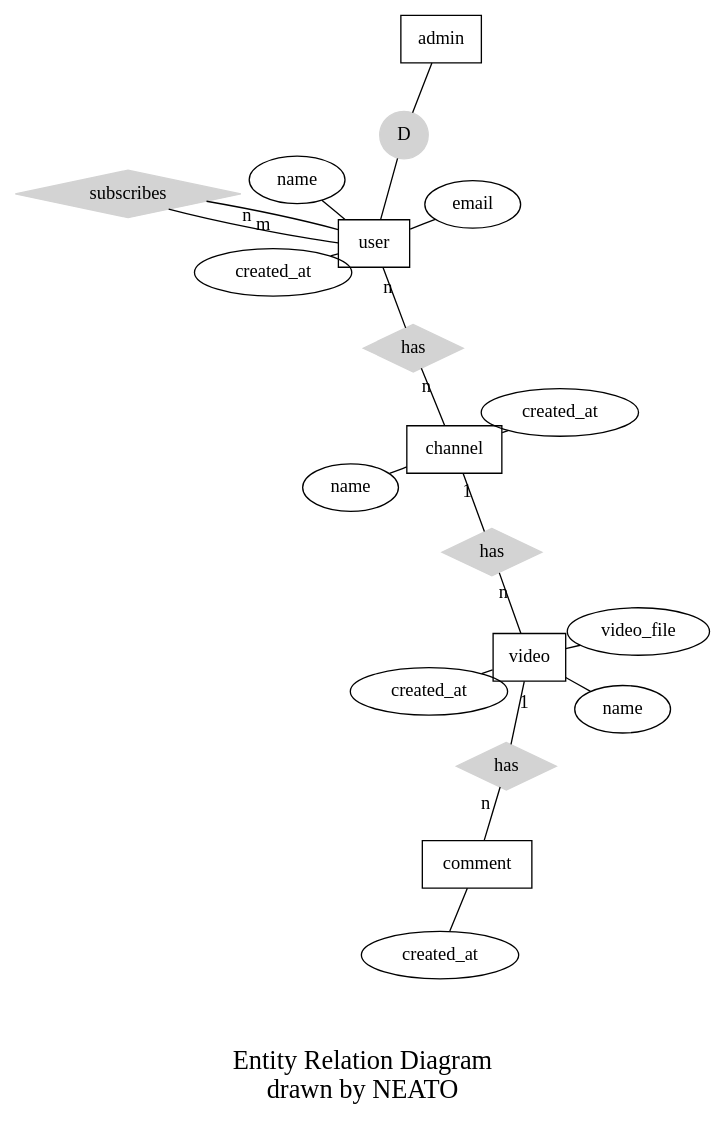
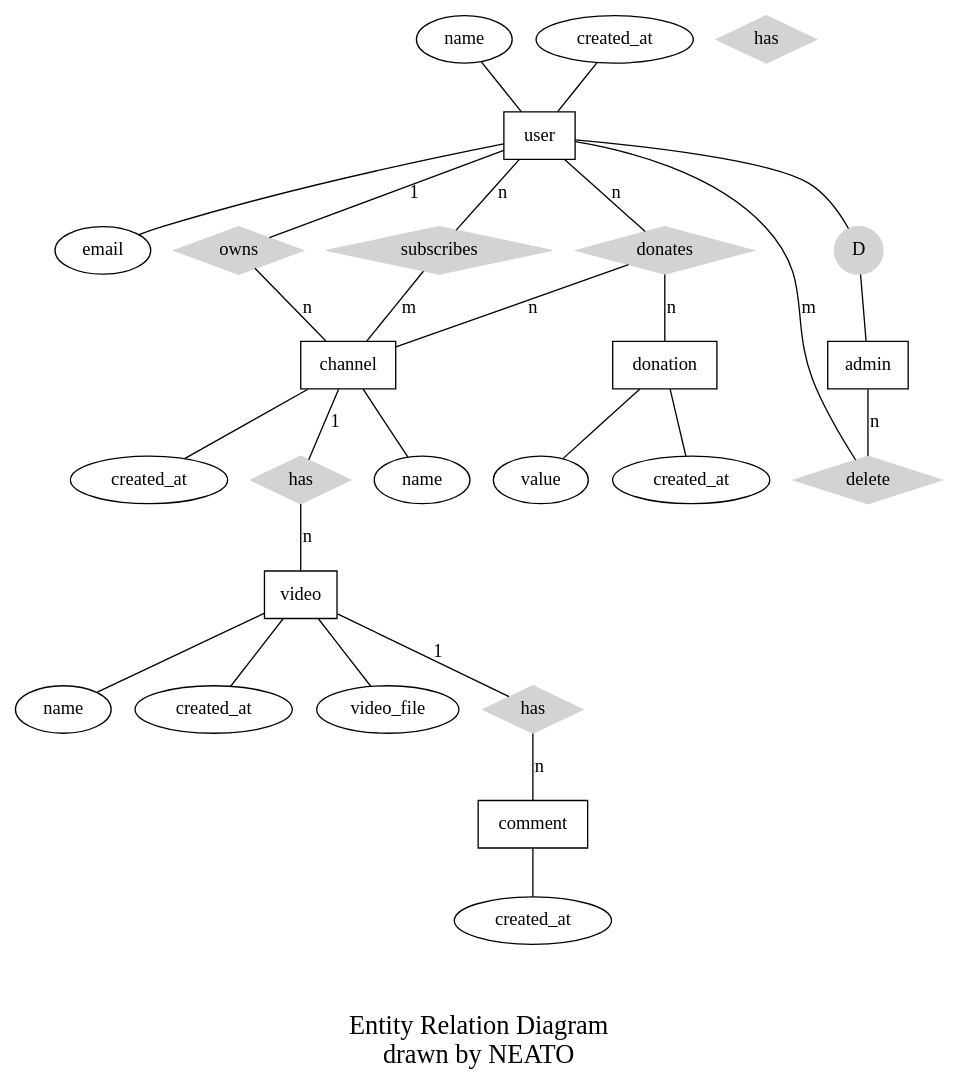
Before and after one commit to mateusgomes01/peertube-db-schema: the diagram in er.dot, drawn with Graphviz. The commit also changed 2 other files, not shown here.

```diff
--- a/er.dot
+++ b/er.dot
@@ -1,33 +1,40 @@
 graph ER {
-	layout=neato
-	node [shape=box]; user; channel; video; comment; admin;
-	node [shape=ellipse]; {node [label="name"] name0; name1; name2;}; {node [label="created_at"] created_at0; created_at1; created_at2; created_at3;}
-		email; video_file;
+	//layout=neato
+	node [shape=box]; user; channel; video; comment; admin; donation
+	node [shape=ellipse]; {node [label="name"] name0; name1; name2;}; {node [label="created_at"] created_at0; created_at1; created_at2; created_at3; created_at4}
+		email; video_file; value;
 	node [shape=diamond,style=filled,color=lightgrey]; {node [label="has"] has0; has1; has2;}
-		subscribes
+		subscribes; donates; delete; owns
 	node [shape=ellipse,height=.5, width=0.5]; D;
 
 
 	name0 -- user;
 	user -- D;
 	D -- admin;
 	created_at0 -- user;
+	user -- subscribes [label="n"];
+	subscribes -- channel [label="m"];
 	user -- email;
-	user -- has0 [label="n",len=1.00];
-	has0 -- channel [label="n", len=1.00];
-	user -- subscribes [label="n" len=2.00];
-	subscribes -- user [label="m" len=2.00];
+	user -- owns [label="1",len=1.00];
+	owns -- channel [label="n", len=1.00];
 	channel -- name1;
 	channel -- created_at1;
 	channel -- has1 [label="1",len=1.00];
 	has1 -- video [label="n",len=1.00];
 	video -- name2;
 	video -- created_at2;
 	video -- video_file;
 	video -- has2 [label="1", len=1.00];
 	has2 -- comment [label="n", len=1.00];
 	comment -- created_at3;
+	user -- donates [label="n"];
+	donates -- channel [label="n"];
+	donates -- donation [label="n"];
+	donation -- created_at4;
+	donation -- value;
+	admin -- delete [label="n"];
+	delete -- user [label="m"];
 
 	label = "\n\nEntity Relation Diagram\ndrawn by NEATO";
 	fontsize=20;
 }
```
